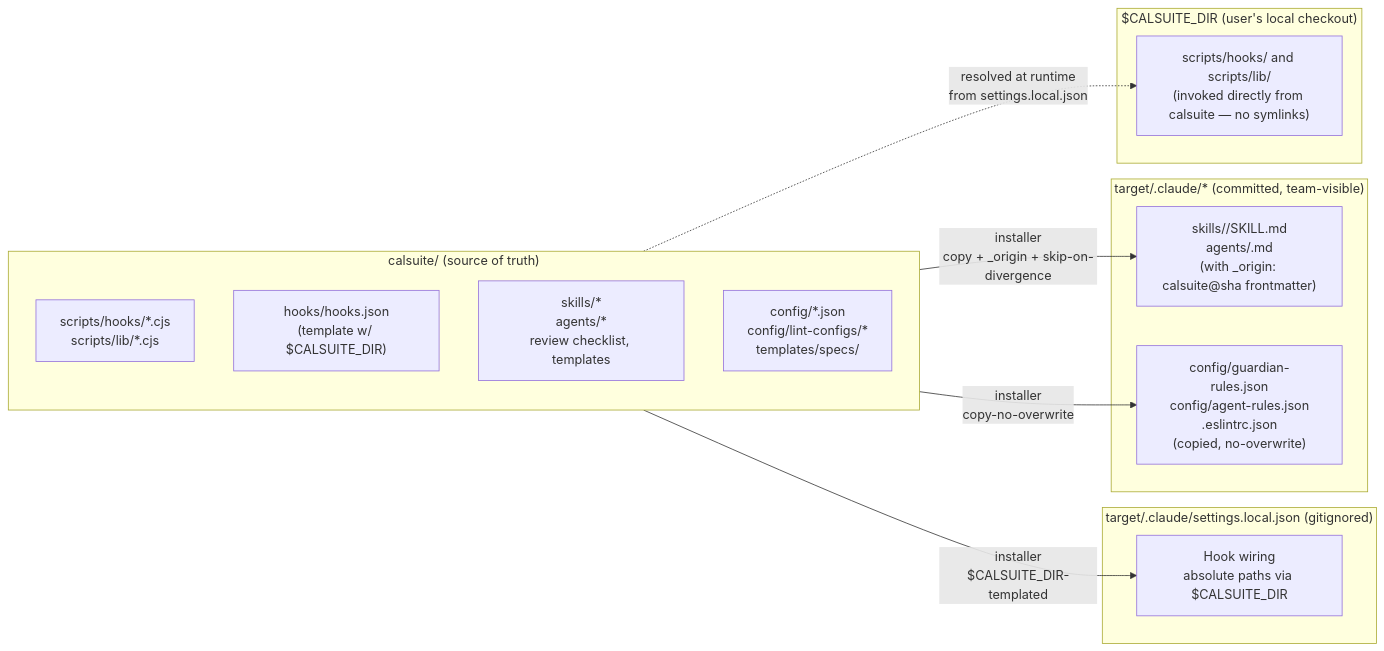
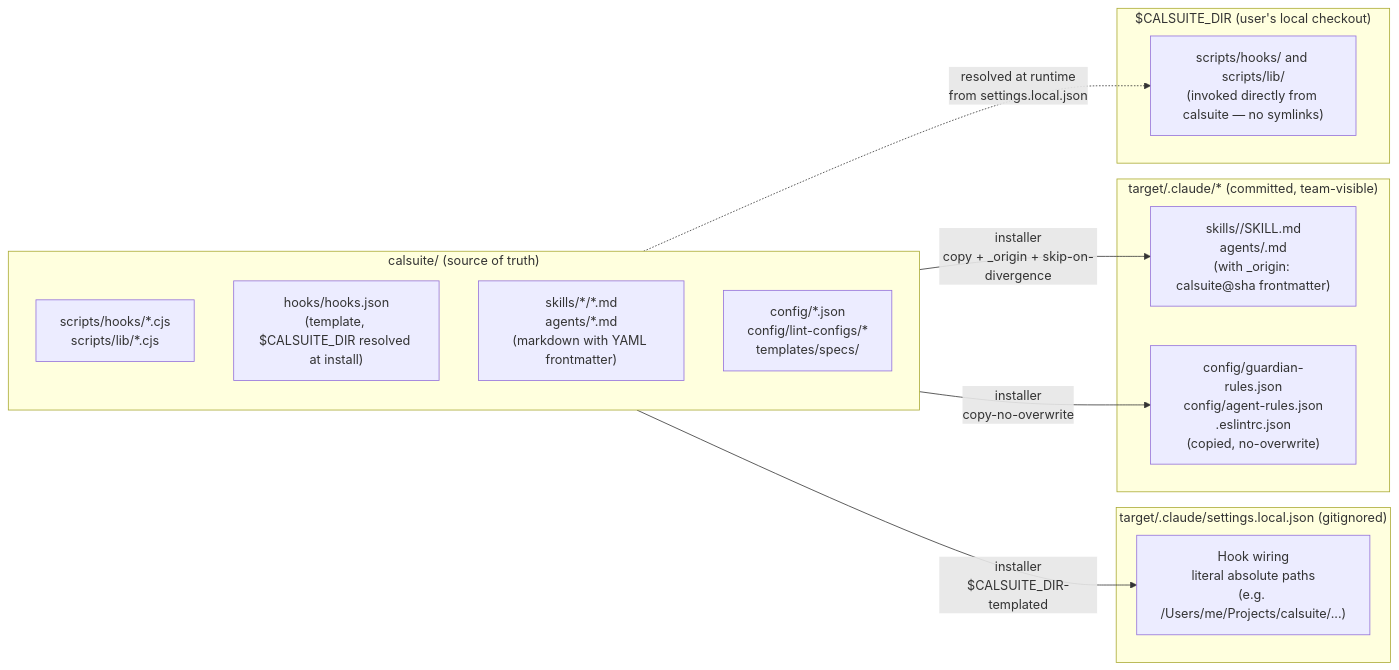
One commit to ckallum/claude-config changed the diagram in specs/personal-harness-refactor/design.md. Above: the diagram before and after it, drawn with Mermaid. The commit also changed other lines of this file, not shown here.

First line of the commit message:
spec(personal-harness-refactor): resolve pre-coding review concerns

````diff
--- a/specs/personal-harness-refactor/design.md
+++ b/specs/personal-harness-refactor/design.md
@@ -25,28 +25,28 @@
 ```mermaid
 flowchart LR
     subgraph SRC["calsuite/ (source of truth)"]
         direction TB
         S1["scripts/hooks/*.cjs<br/>scripts/lib/*.cjs"]
-        S2["hooks/hooks.json<br/>(template w/ $CALSUITE_DIR)"]
-        S3["skills/*<br/>agents/*<br/>review checklist, templates"]
+        S2["hooks/hooks.json<br/>(template, $CALSUITE_DIR resolved at install)"]
+        S3["skills/*/*.md<br/>agents/*.md<br/>(markdown with YAML frontmatter)"]
         S4["config/*.json<br/>config/lint-configs/*<br/>templates/specs/"]
     end
 
     subgraph PERSONAL["target/.claude/settings.local.json (gitignored)"]
-        P1["Hook wiring<br/>absolute paths via $CALSUITE_DIR"]
+        P1["Hook wiring<br/>literal absolute paths<br/>(e.g. /Users/me/Projects/calsuite/...)"]
     end
 
     subgraph SHARED["target/.claude/* (committed, team-visible)"]
         T1["skills/<name>/SKILL.md<br/>agents/<name>.md<br/>(with _origin: calsuite@sha frontmatter)"]
         T2["config/guardian-rules.json<br/>config/agent-rules.json<br/>.eslintrc.json<br/>(copied, no-overwrite)"]
     end
 
     subgraph RUNTIME["$CALSUITE_DIR (user's local checkout)"]
         R1["scripts/hooks/ and scripts/lib/<br/>(invoked directly from calsuite — no symlinks)"]
     end
 
     S1 -.->|resolved at runtime<br/>from settings.local.json| R1
     S2 -->|installer<br/>$CALSUITE_DIR-templated| P1
     S3 -->|installer<br/>copy + _origin + skip-on-divergence| T1
     S4 -->|installer<br/>copy-no-overwrite| T2
 ```
````
